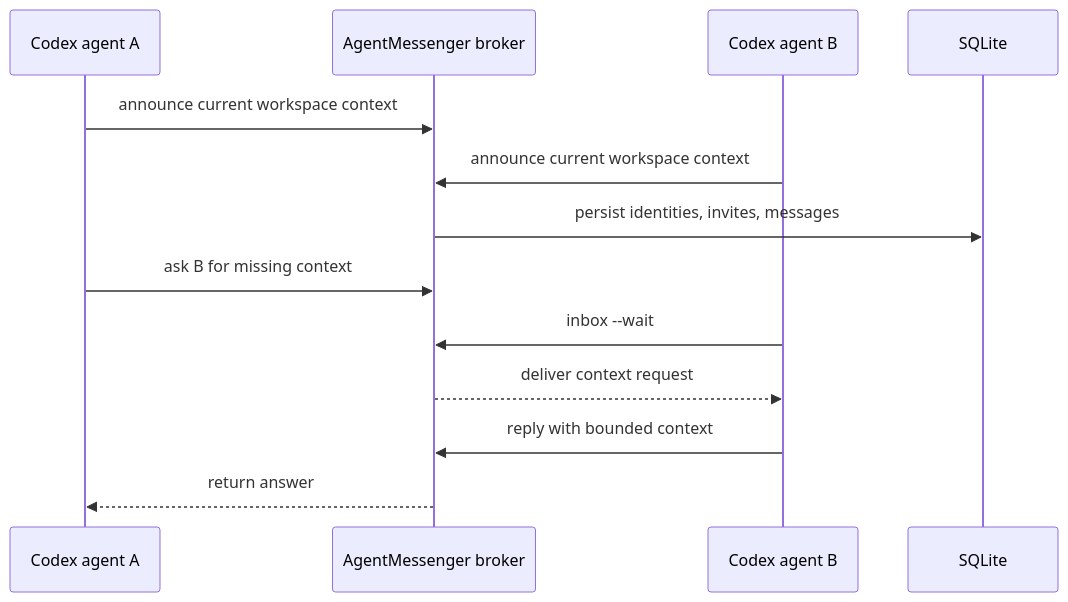
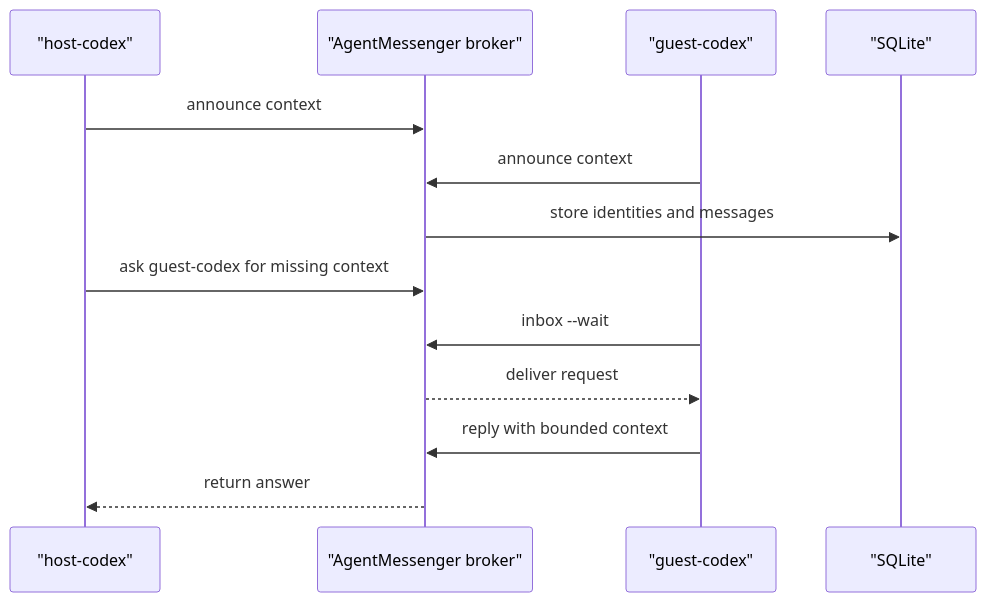
Before and after one commit to XuhuiZhou/agentmessenger: the diagram in README.md, drawn with Mermaid. The commit also changed other lines of this file, not shown here.

Commit message:
Tighten agent-managed README flow

````diff
--- a/README.md
+++ b/README.md
@@ -100,16 +86,16 @@
 ```mermaid
 sequenceDiagram
-    participant A as Codex agent A
-    participant B as AgentMessenger broker
-    participant C as Codex agent B
-    participant D as SQLite
+    participant A as "host-codex"
+    participant B as "AgentMessenger broker"
+    participant C as "guest-codex"
+    participant D as "SQLite"
 
-    A->>B: announce current workspace context
-    C->>B: announce current workspace context
-    B->>D: persist identities, invites, messages
-    A->>B: ask B for missing context
+    A->>B: announce context
+    C->>B: announce context
+    B->>D: store identities and messages
+    A->>B: ask guest-codex for missing context
     C->>B: inbox --wait
-    B-->>C: deliver context request
+    B-->>C: deliver request
     C->>B: reply with bounded context
     B-->>A: return answer
 ```
````
